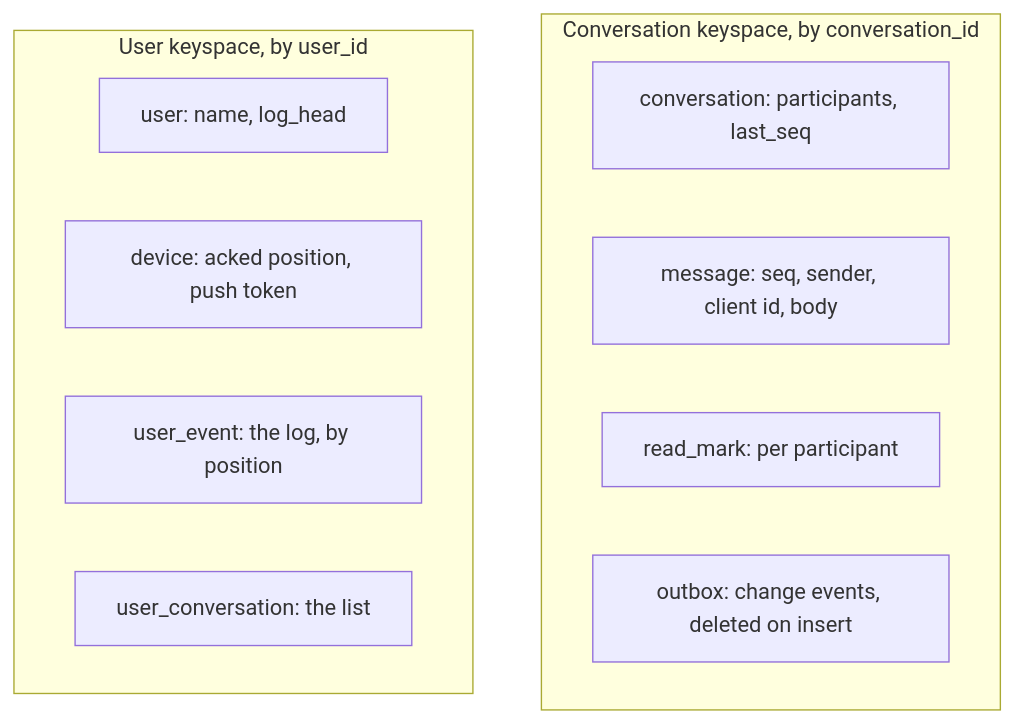
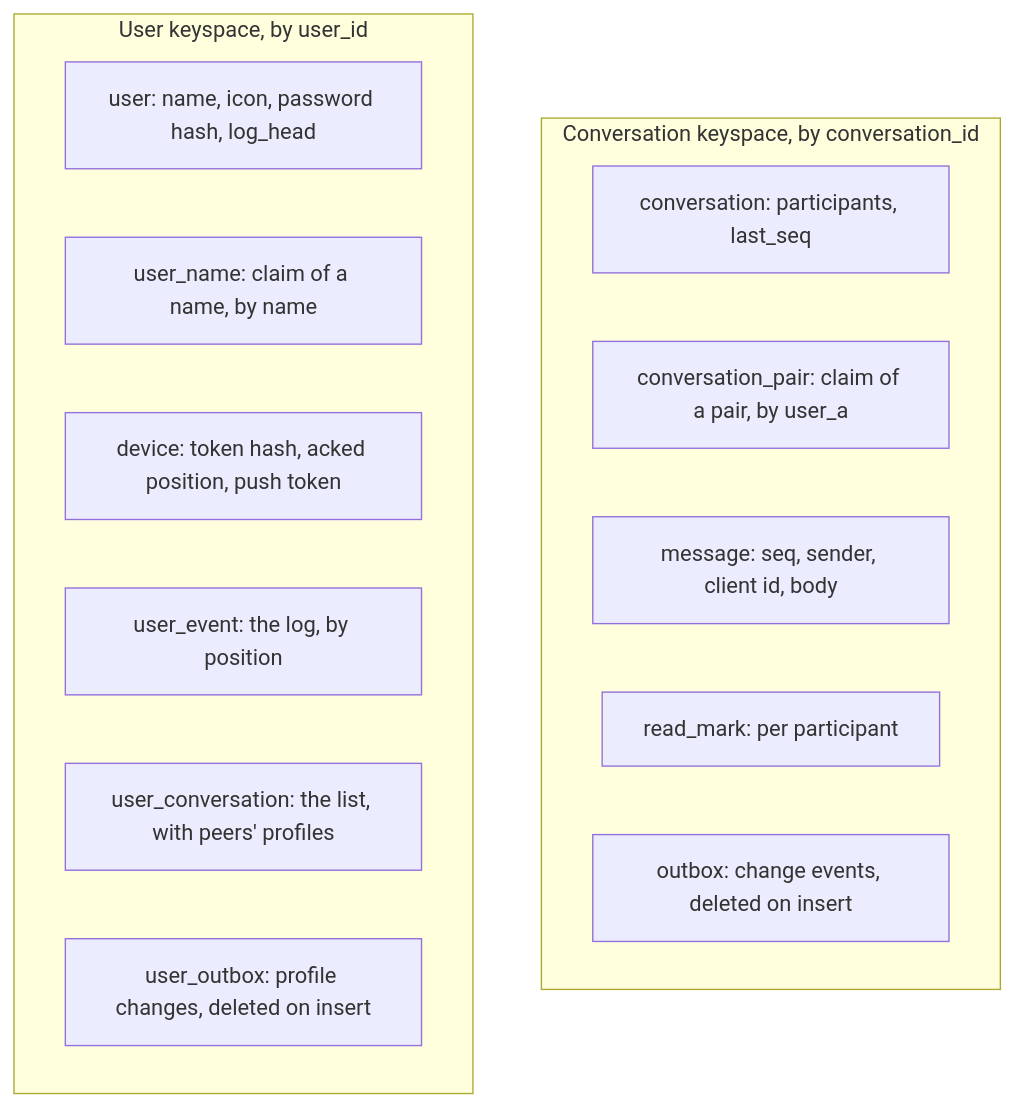
One commit to vlumi/wrinkle changed the first of 4 diagrams in docs/architecture.md. Above: the diagram before and after it, drawn with Mermaid. The commit also changed other lines of this file and 5 other files, not shown here.

Commit message:
Docs: accounts, claims and profile fan-out in the architecture; TLS on the local network, also across several Macs; roadmap gaps

````diff
--- a/docs/architecture.md
+++ b/docs/architecture.md
@@ -39,15 +39,18 @@
 ```mermaid
 flowchart TB
   subgraph conv ["Conversation keyspace, by conversation_id"]
     c["conversation: participants, last_seq"]
+    p["conversation_pair: claim of a pair, by user_a"]
     m["message: seq, sender, client id, body"]
     r["read_mark: per participant"]
     o["outbox: change events, deleted on insert"]
   end
   subgraph user ["User keyspace, by user_id"]
-    u["user: name, log_head"]
-    d["device: acked position, push token"]
+    u["user: name, icon, password hash, log_head"]
+    n["user_name: claim of a name, by name"]
+    d["device: token hash, acked position, push token"]
     e["user_event: the log, by position"]
-    l["user_conversation: the list"]
+    l["user_conversation: the list, with peers' profiles"]
+    uo["user_outbox: profile changes, deleted on insert"]
   end
 ```
````
